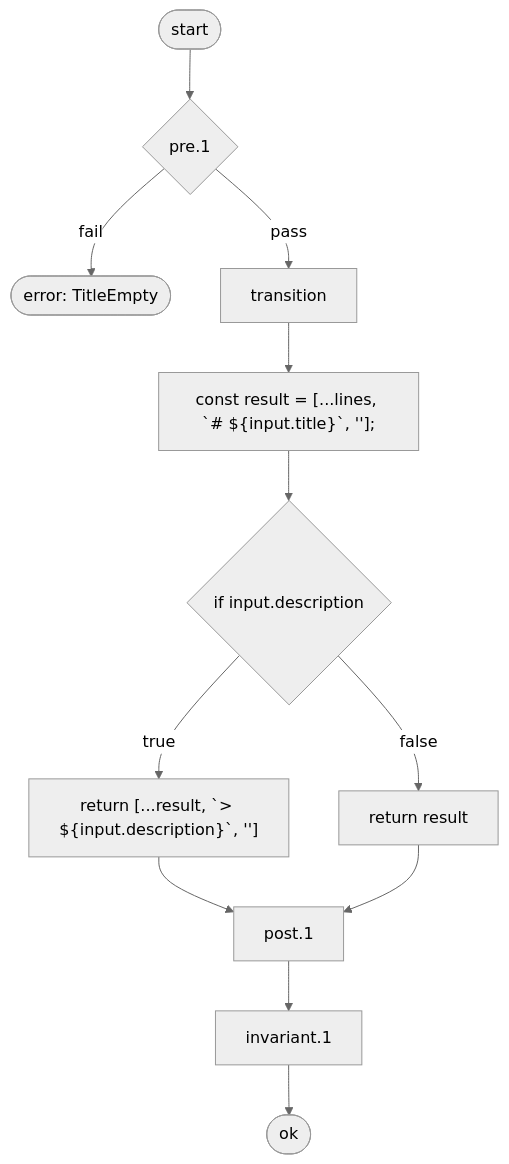
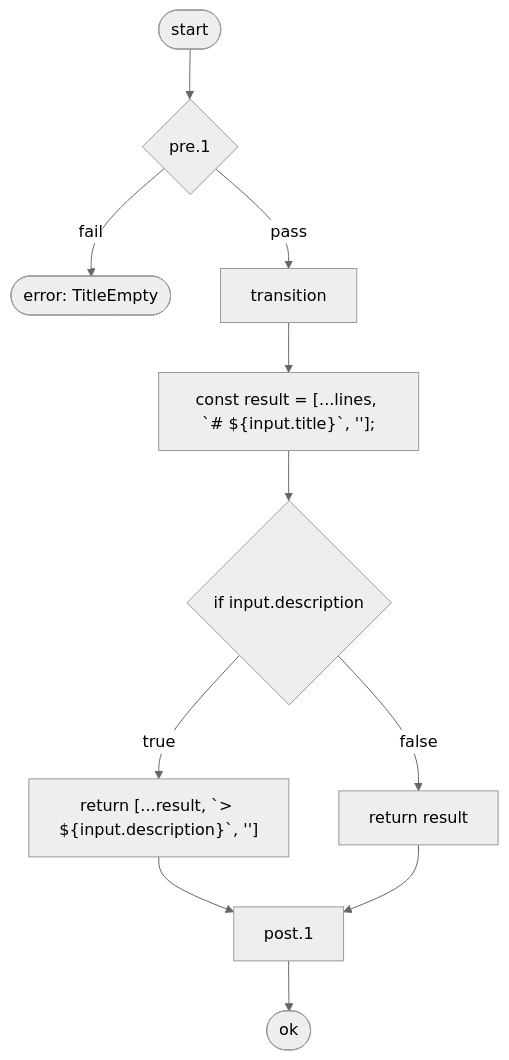
Before and after one commit to fyuuki0jp/seizu: the tenth of 13 diagrams in packages/kata-cli/docs/contracts.md, drawn with Mermaid (neutral theme). The commit also changed other lines of this file and 42 other files, not shown here.

````diff
--- a/packages/kata-cli/docs/contracts.md
+++ b/packages/kata-cli/docs/contracts.md
@@ -1311,25 +668,23 @@
 ```mermaid
 flowchart TD
   n1(["start"])
   n2(["ok"])
   n3{"pre.1"}
   n4(["error: TitleEmpty"])
   n5["transition"]
   n6["const result = [...lines, `# ${input.title}`, ''];"]
   n7{"if input.description"}
   n8["return [...result, `> ${input.description}`, '']"]
   n9["return result"]
   n10["post.1"]
-  n11["invariant.1"]
   n1 --> n3
   n3 -->|fail| n4
   n3 -->|pass| n5
   n5 --> n6
   n6 --> n7
   n7 -->|true| n8
   n7 -->|false| n9
   n8 --> n10
   n9 --> n10
-  n10 --> n11
-  n11 --> n2
+  n10 --> n2
 ```
````
